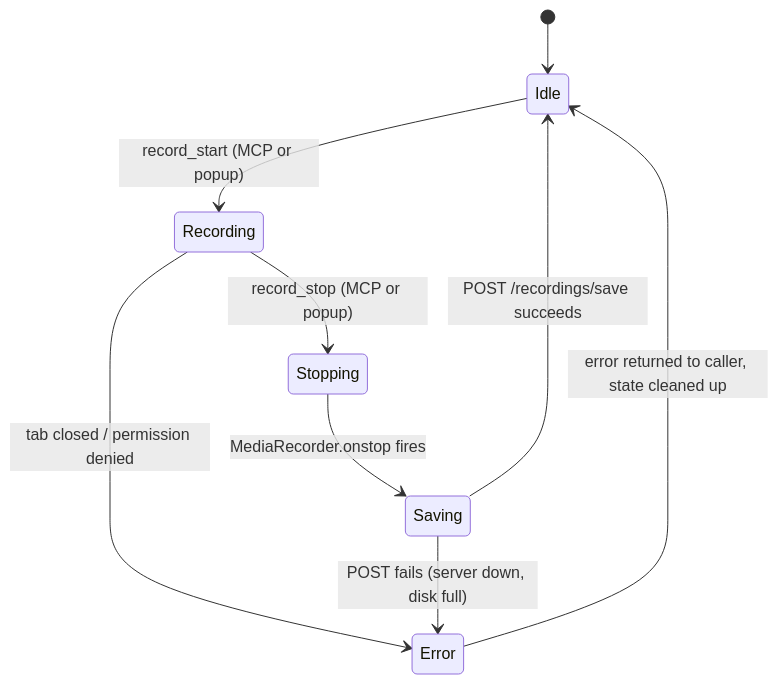
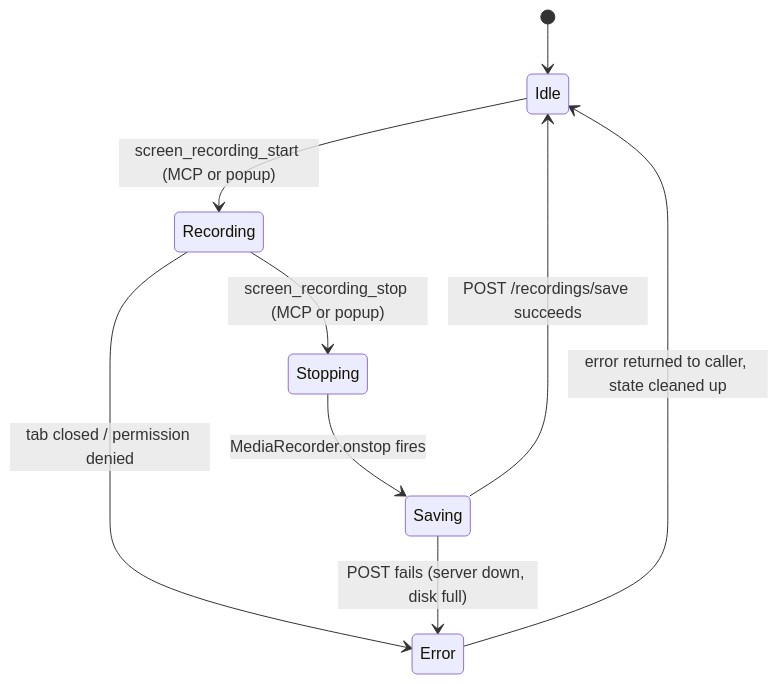
The fourth of 10 diagrams in docs/features/feature/tab-recording/tech-spec.md (brennhill/gasoline-mcp-ai-devtools), drawn with Mermaid before and after one commit. The commit also changed other lines of this file and 223 other files, not shown here.

````diff
--- a/docs/features/feature/tab-recording/tech-spec.md
+++ b/docs/features/feature/tab-recording/tech-spec.md
@@ -463,12 +463,12 @@
 ```mermaid
 stateDiagram-v2
     [*] --> Idle
 
-    Idle --> Recording: record_start (MCP or popup)
-    Recording --> Stopping: record_stop (MCP or popup)
+    Idle --> Recording: screen_recording_start (MCP or popup)
+    Recording --> Stopping: screen_recording_stop (MCP or popup)
     Recording --> Error: tab closed / permission denied
     Stopping --> Saving: MediaRecorder.onstop fires
     Saving --> Idle: POST /recordings/save succeeds
     Saving --> Error: POST fails (server down, disk full)
     Error --> Idle: error returned to caller, state cleaned up
 ```
````
